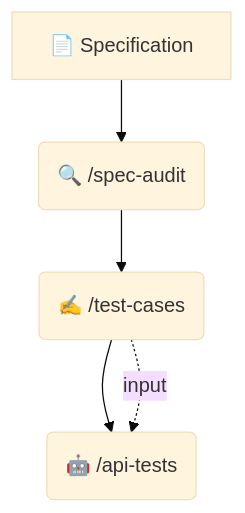
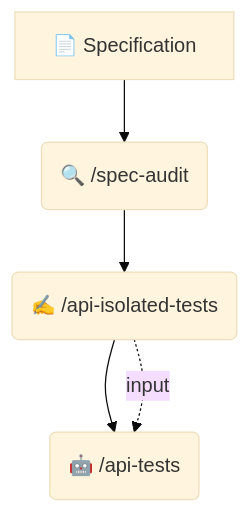
Before and after one commit to vlad-ryzhkov/ai-context-engineering-for-qa: the diagram in docs/workshop-commands.md, drawn with Mermaid (base theme). The commit also changed other lines of this file and 59 other files, not shown here.

````diff
--- a/docs/workshop-commands.md
+++ b/docs/workshop-commands.md
@@ -9,11 +9,11 @@
 ```mermaid
 graph TD
     Spec[📄 Specification]
     Audit(🔍 /spec-audit)
-    Manual(✍️ /test-cases)
+    Manual(✍️ /api-isolated-tests)
     Auto(🤖 /api-tests)
 
     Spec --> Audit --> Manual
     Manual --> Auto
     Manual -.->|input| Auto
 ```
````
